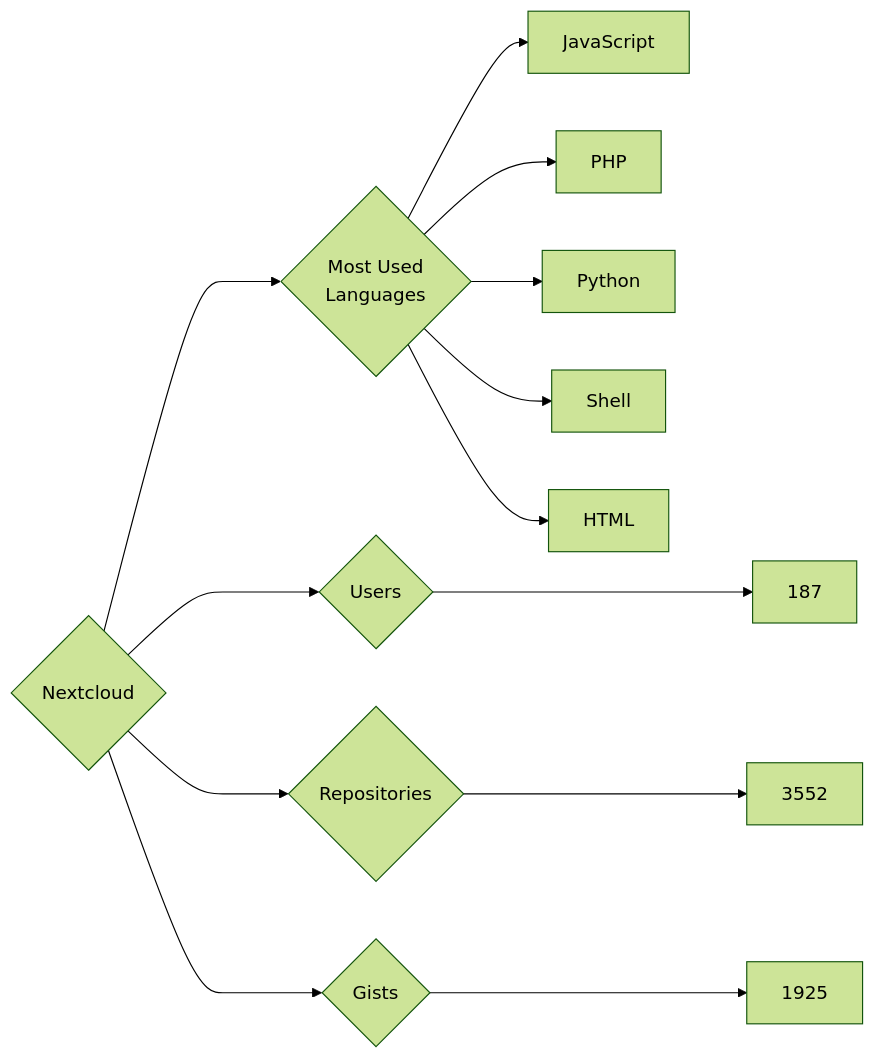
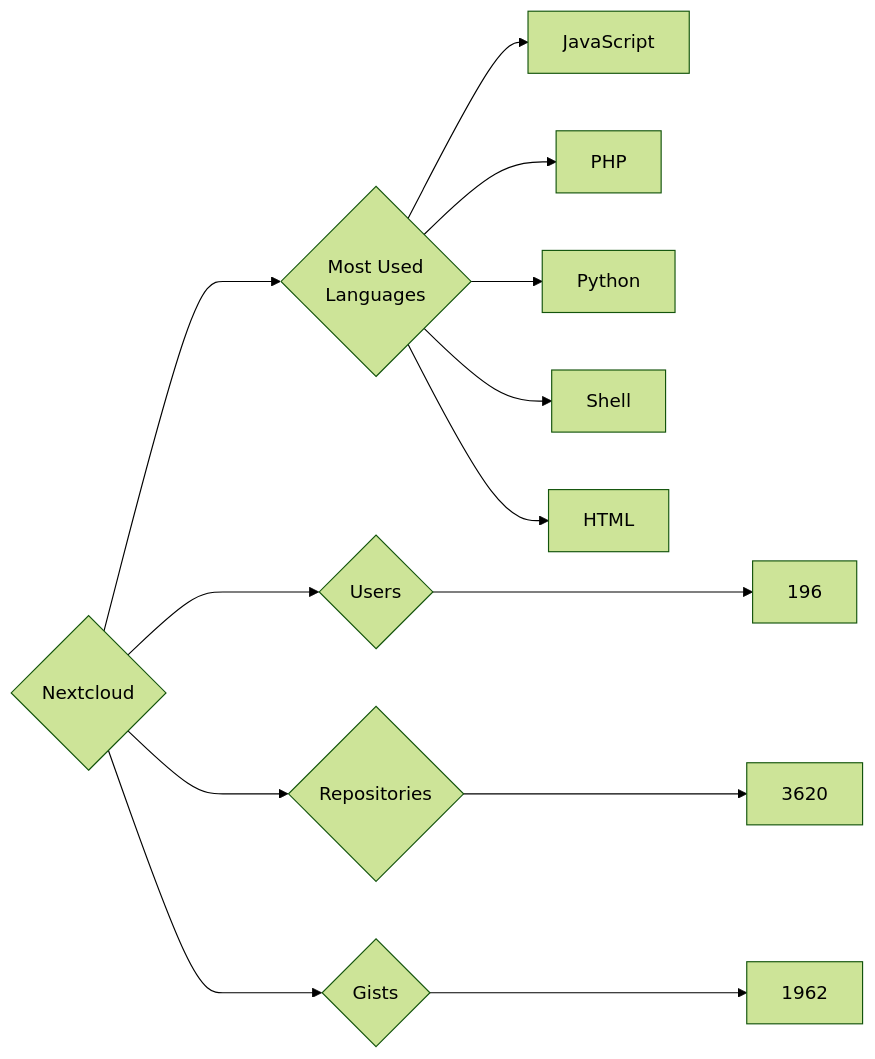
One commit to trickest/insiders changed the diagram in targets/Nextcloud/README.md. Above: the diagram before and after it, drawn with Mermaid (forest theme). The commit also changed 1696 other files, not shown here.

````diff
--- a/targets/Nextcloud/README.md
+++ b/targets/Nextcloud/README.md
@@ -3,13 +3,13 @@
 ```mermaid
 graph LR
 COMPANY_NAME{Nextcloud}
-COMPANY_NAME ---> U{Users} ---> UN[187]
-COMPANY_NAME ---> R{Repositories} ---> RN[3552]
-COMPANY_NAME ---> G{Gists} ---> GN[1925]
+COMPANY_NAME ---> U{Users} ---> UN[196]
+COMPANY_NAME ---> R{Repositories} ---> RN[3620]
+COMPANY_NAME ---> G{Gists} ---> GN[1962]
 COMPANY_NAME ---> ML{Most Used<br>Languages}
 ML --> JavaScript[JavaScript]
 ML --> PHP[PHP]
 ML --> Python[Python]
 ML --> Shell[Shell]
 ML --> HTML[HTML]
 ```
````
